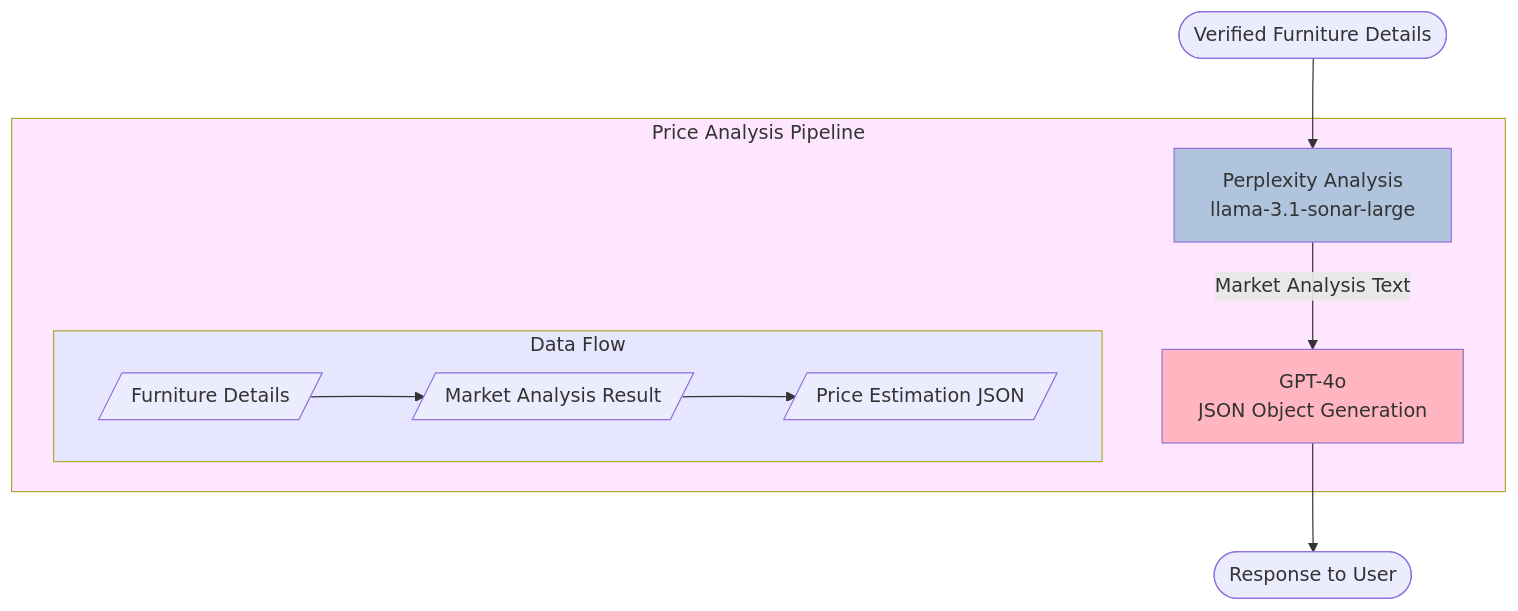
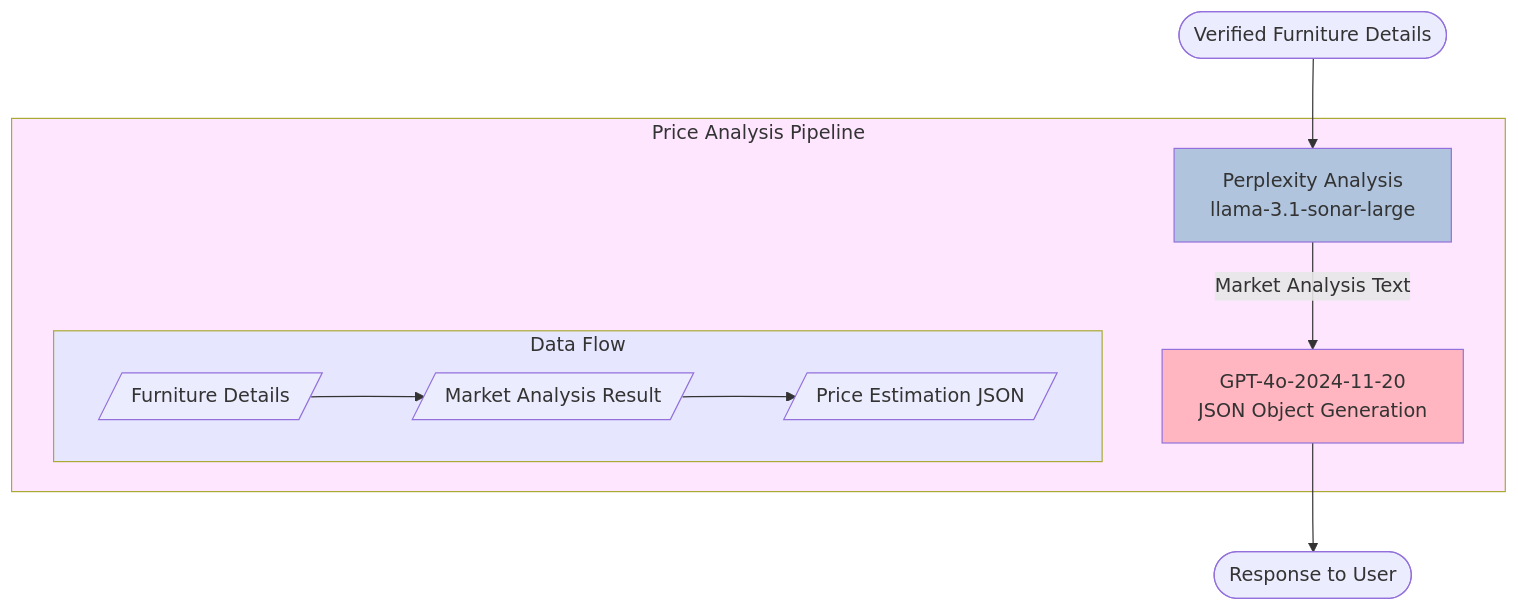
Before and after one commit to team-alya/kaluste-backend: the second of 2 diagrams in README.md, drawn with Mermaid. The commit also changed other lines of this file, not shown here.

Commit message:
update flowchart

````diff
--- a/README.md
+++ b/README.md
@@ -298,21 +298,21 @@
 ```mermaid
 flowchart TD
     Start([Verified Furniture Details]) --> Perplexity[Perplexity Analysis<br>llama-3.1-sonar-large]
 
     subgraph PriceAnalysisPipeline[Price Analysis Pipeline]
-        Perplexity -->|Market Analysis Text| GPT4[GPT-4o<br>JSON Object Generation]
+        Perplexity -->|Market Analysis Text| GPT4[GPT-4o-2024-11-20<br>JSON Object Generation]
 
         subgraph DataFlow[Data Flow]
             direction LR
             FurnitureDetails[/Furniture Details/] --> PerplexityAnalysis[/Market Analysis Result/]
             PerplexityAnalysis --> PriceJSON[/Price Estimation JSON/]
         end
     end
 
     GPT4 --> Response([Response to User])
 
     style PriceAnalysisPipeline fill:#FFE6FF
     style DataFlow fill:#E6E6FF
     style Perplexity fill:#B0C4DE
     style GPT4 fill:#FFB6C1
 ```
````
